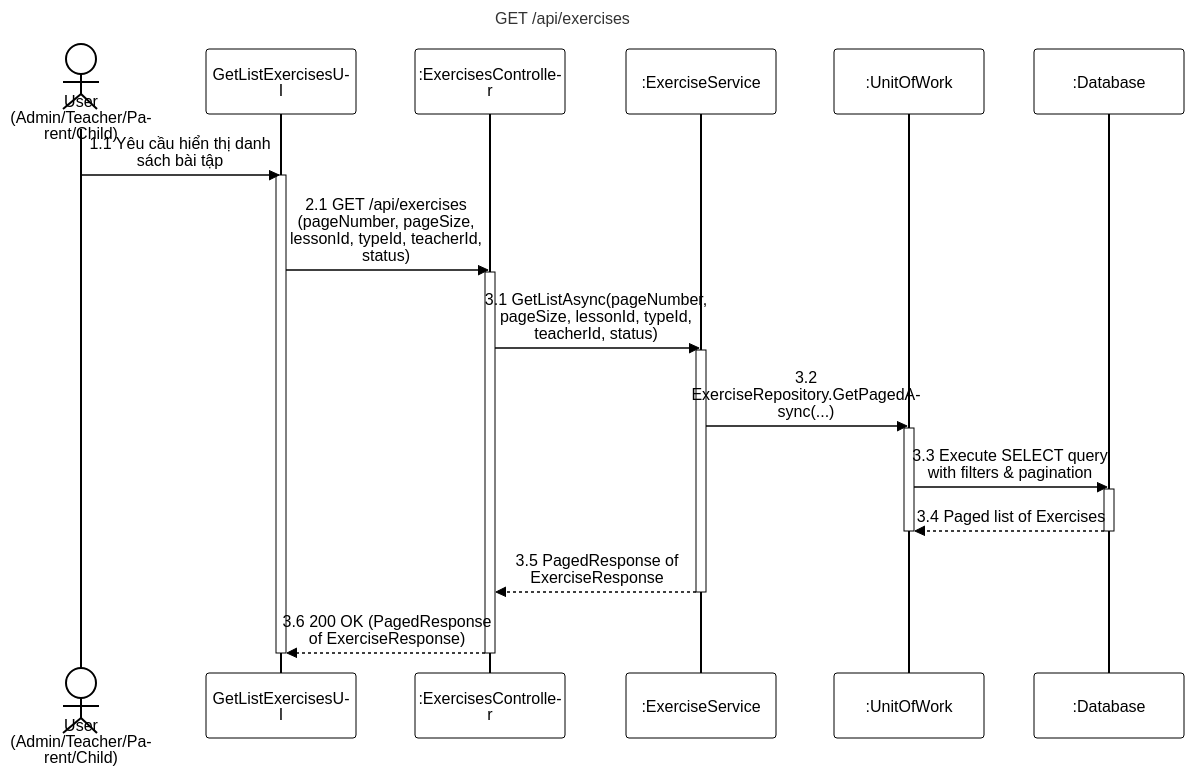
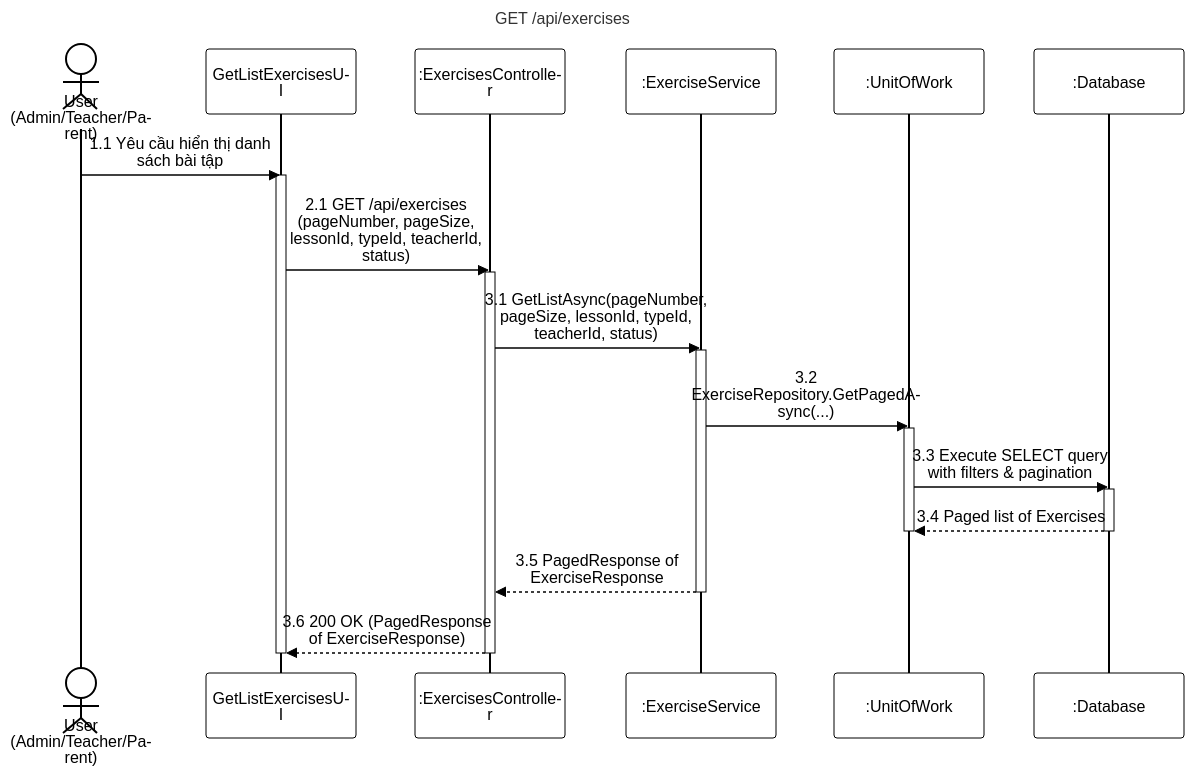
One commit to PhucAnDev/docx-diagram changed the diagram in 05-exercise-question-management/sequence-diagram/apis/get-list-exercises.mmd. Above: the diagram before and after it, drawn with Mermaid. The commit also changed 3 other files, not shown here.

```diff
--- a/05-exercise-question-management/sequence-diagram/apis/get-list-exercises.mmd
+++ b/05-exercise-question-management/sequence-diagram/apis/get-list-exercises.mmd
@@ -1,31 +1,31 @@
 %%{init: {'theme':'base', 'themeVariables': {'actorBkg':'#ffffff','actorBorder':'#000000','actorTextColor':'#000000','actorLineColor':'#000000','signalColor':'#000000','signalTextColor':'#000000','labelBoxBkgColor':'#ffffff','labelBoxBorderColor':'#000000','labelTextColor':'#000000','loopTextColor':'#000000','noteBkgColor':'#ffffff','noteBorderColor':'#000000','noteTextColor':'#000000','activationBorderColor':'#000000','activationBkgColor':'#ffffff','sequenceNumberColor':'#000000'}, 'sequence': {'width':150,'height':65,'actorFontSize':16,'messageFontSize':16,'wrap':true,'wrapPadding':10}}}%%
 sequenceDiagram
     title GET /api/exercises
-    actor User as User (Admin/Teacher/Parent/Child)
+    actor User as User (Admin/Teacher/Parent)
     participant UI as GetListExercisesUI
     participant Endpoint as :ExercisesController
     participant Service as :ExerciseService
     participant DB as :UnitOfWork
     participant Database as :Database
 
     User->>UI: 1.1 Yêu cầu hiển thị danh sách bài tập
     activate UI
     UI->>Endpoint: 2.1 GET /api/exercises (pageNumber, pageSize, lessonId, typeId, teacherId, status)
     activate Endpoint
 
     Endpoint->>Service: 3.1 GetListAsync(pageNumber, pageSize, lessonId, typeId, teacherId, status)
     activate Service
 
     Service->>DB: 3.2 ExerciseRepository.GetPagedAsync(...)
     activate DB
     DB->>Database: 3.3 Execute SELECT query with filters & pagination
     activate Database
     Database-->>DB: 3.4 Paged list of Exercises
     deactivate Database
     deactivate DB
 
     Service-->>Endpoint: 3.5 PagedResponse of ExerciseResponse
     deactivate Service
     Endpoint-->>UI: 3.6 200 OK (PagedResponse of ExerciseResponse)
     deactivate Endpoint
     deactivate UI
```
